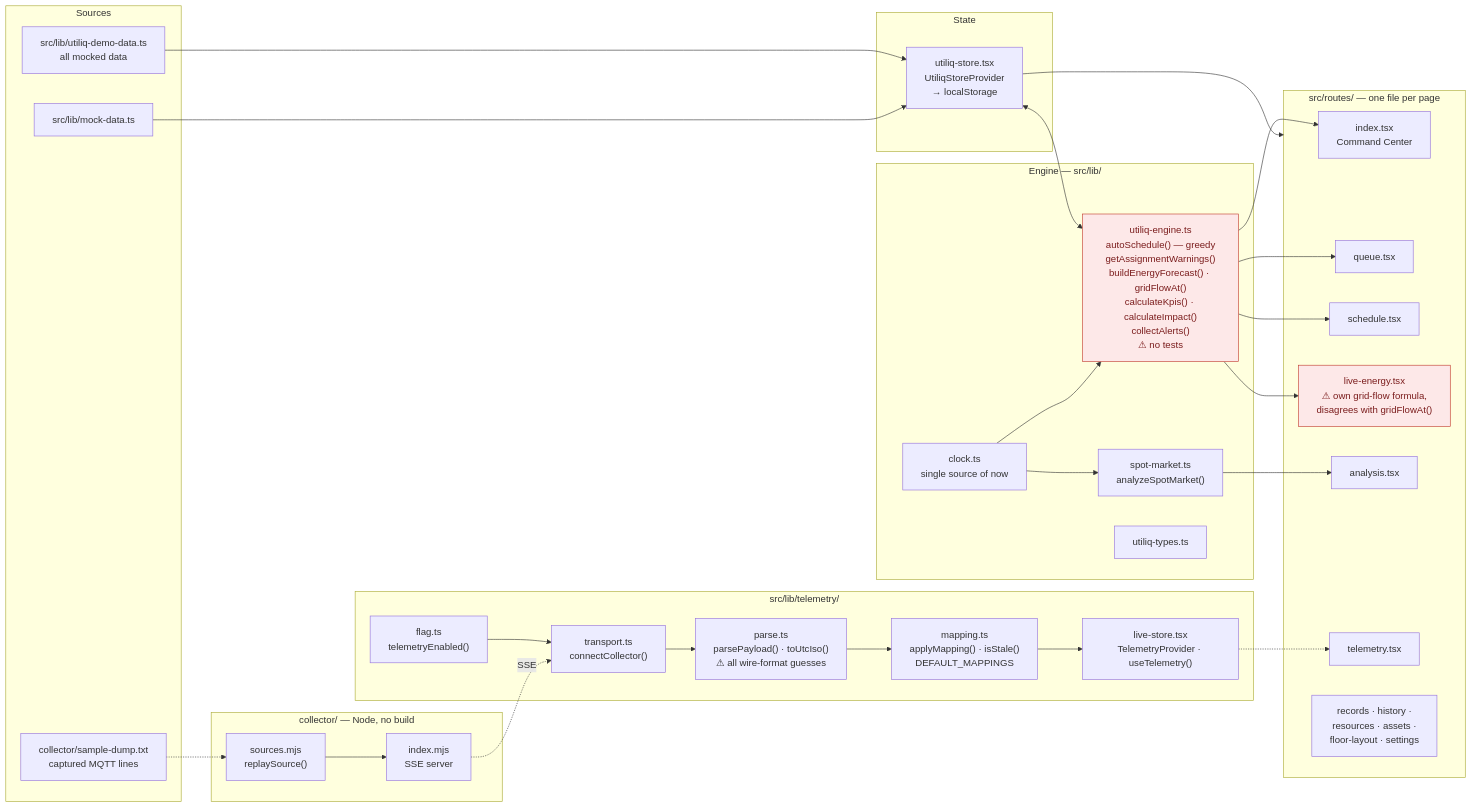
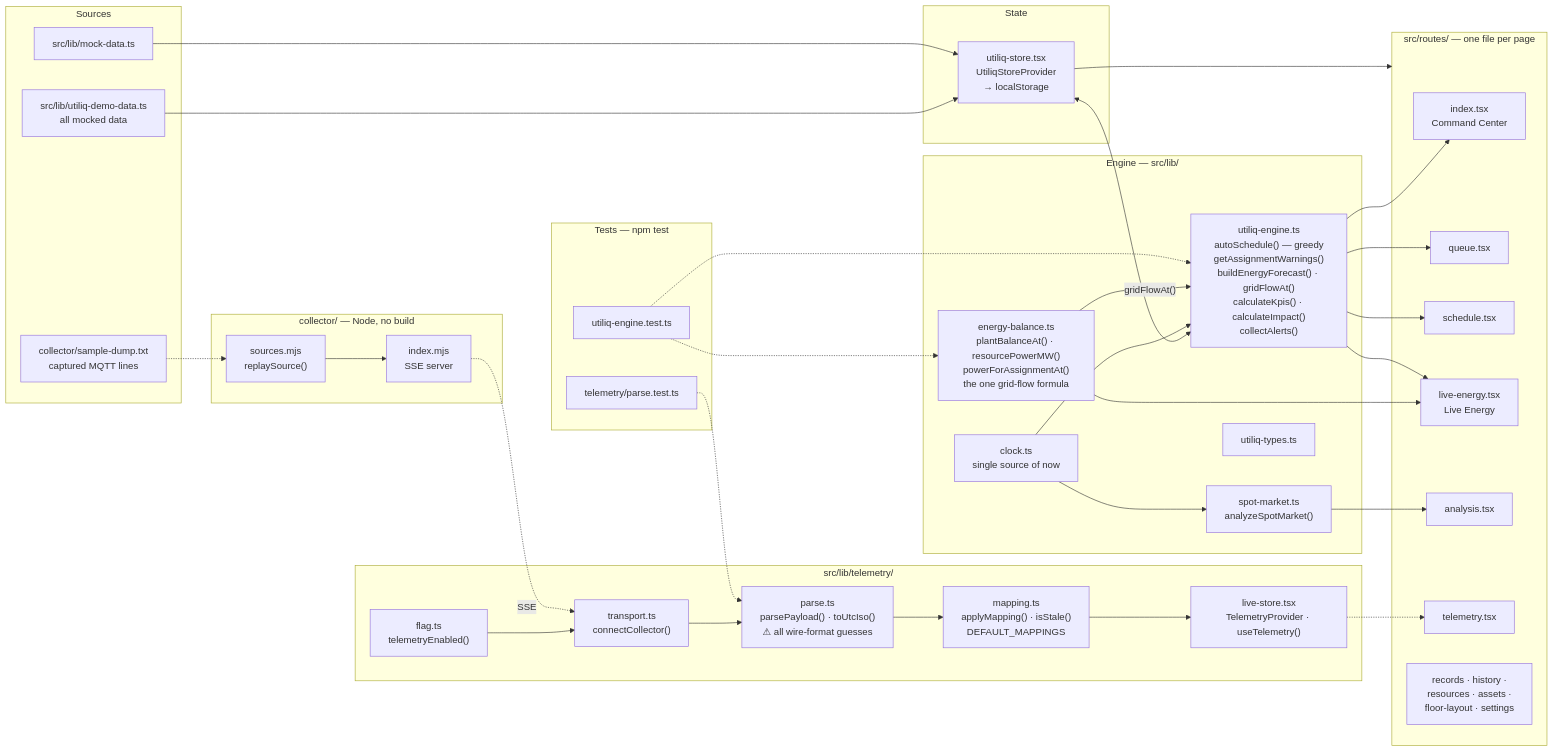
One commit to adilpsn/utiliq changed the second of 3 diagrams in docs/ARCHITECTURE.md. Above: the diagram before and after it, drawn with Mermaid. The commit also changed other lines of this file and 1 other file, not shown here.

First line of the commit message:
docs: README + architecture reflect the grid-flow fix, tests, npm install

````diff
--- a/docs/ARCHITECTURE.md
+++ b/docs/ARCHITECTURE.md
@@ -49,64 +49,73 @@
 ```mermaid
 flowchart LR
     subgraph SRC["Sources"]
         D1["src/lib/utiliq-demo-data.ts<br/>all mocked data"]
         D2["src/lib/mock-data.ts"]
         D3["collector/sample-dump.txt<br/>captured MQTT lines"]
     end
 
     subgraph COLL["collector/ — Node, no build"]
         C1["sources.mjs<br/>replaySource()"]
         C2["index.mjs<br/>SSE server"]
         C1 --> C2
     end
 
     subgraph ING["src/lib/telemetry/"]
         T0["flag.ts<br/>telemetryEnabled()"]
         T1["transport.ts<br/>connectCollector()"]
         T2["parse.ts<br/>parsePayload() · toUtcIso()<br/>⚠ all wire-format guesses"]
         T3["mapping.ts<br/>applyMapping() · isStale()<br/>DEFAULT_MAPPINGS"]
         T4["live-store.tsx<br/>TelemetryProvider · useTelemetry()"]
         T0 --> T1 --> T2 --> T3 --> T4
     end
 
     subgraph ENG["Engine — src/lib/"]
-        E1["utiliq-engine.ts<br/>autoSchedule() — greedy<br/>getAssignmentWarnings()<br/>buildEnergyForecast() · gridFlowAt()<br/>calculateKpis() · calculateImpact()<br/>collectAlerts()<br/>⚠ no tests"]
+        EB["energy-balance.ts<br/>plantBalanceAt() · resourcePowerMW()<br/>powerForAssignmentAt()<br/>the one grid-flow formula"]
+        E1["utiliq-engine.ts<br/>autoSchedule() — greedy<br/>getAssignmentWarnings()<br/>buildEnergyForecast() · gridFlowAt()<br/>calculateKpis() · calculateImpact()<br/>collectAlerts()"]
         E2["spot-market.ts<br/>analyzeSpotMarket()"]
         E3["clock.ts<br/>single source of now"]
         E4["utiliq-types.ts"]
     end
 
     subgraph ST["State"]
         S1["utiliq-store.tsx<br/>UtiliqStoreProvider<br/>→ localStorage"]
     end
 
     subgraph UI["src/routes/ — one file per page"]
         R1["index.tsx<br/>Command Center"]
         R2["queue.tsx"]
         R3["schedule.tsx"]
-        R4["live-energy.tsx<br/>⚠ own grid-flow formula,<br/>disagrees with gridFlowAt()"]
+        R4["live-energy.tsx<br/>Live Energy"]
         R5["analysis.tsx"]
         R6["telemetry.tsx"]
         R7["records · history ·<br/>resources · assets ·<br/>floor-layout · settings"]
+    end
+
+    subgraph TST["Tests — npm test"]
+        X1["utiliq-engine.test.ts"]
+        X2["telemetry/parse.test.ts"]
     end
 
     D1 --> S1
     D2 --> S1
     S1 <--> E1
     E3 --> E1
     E3 --> E2
+    EB -- "gridFlowAt()" --> E1
+    EB --> R4
     S1 --> UI
 
     E1 --> R1
     E1 --> R2
     E1 --> R3
     E1 --> R4
     E2 --> R5
 
     D3 -.-> C1
     C2 -. SSE .-> T1
     T4 -.-> R6
 
-    classDef bug fill:#fde8e8,stroke:#c0392b,color:#7b1d1d
-    class E1,R4 bug
+    X1 -.-> E1
+    X1 -.-> EB
+    X2 -.-> T2
 ```
````
